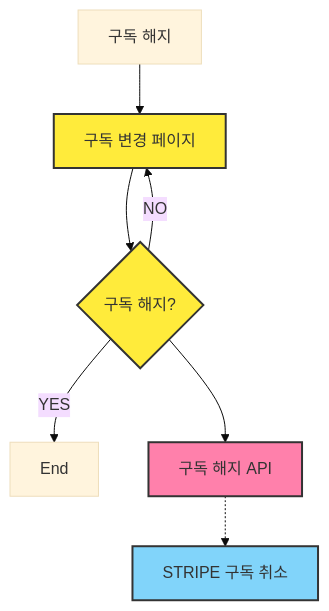
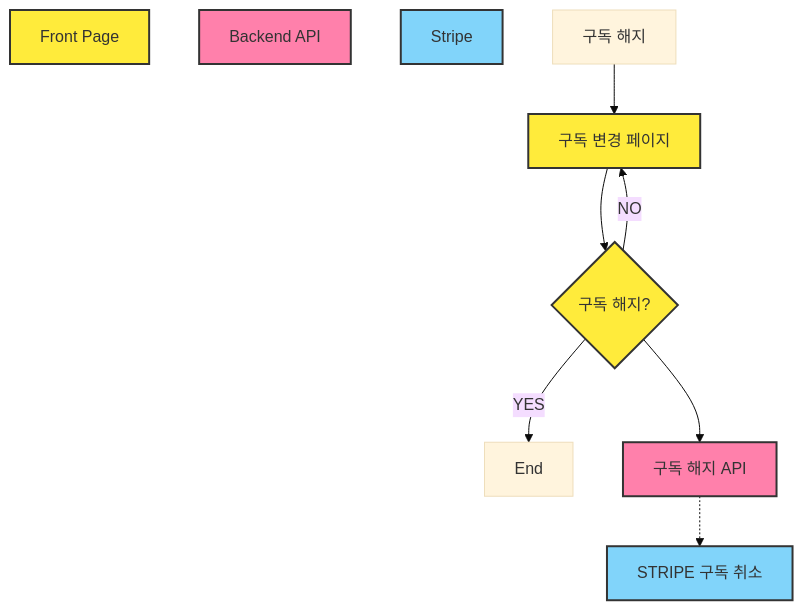
The sixth of 9 diagrams in _posts/project/logistics/2025-02-29-StripePaymentAddition.md (ysiksik/ysiksik.github.io), drawn with Mermaid (base theme) before and after one commit.

Commit message:
변경

```diff
--- a/_posts/project/logistics/2025-02-29-StripePaymentAddition.md
+++ b/_posts/project/logistics/2025-02-29-StripePaymentAddition.md
@@ -341,22 +341,27 @@
 ~~~mermaid
 
 flowchart TD
+    
+    1["Front Page"]:::front
+    2["Backend API"]:::backend
+    3["Stripe"]:::stripe
+    
   A[구독 해지]
   B[구독 변경 페이지]:::front
   C{"구독 해지?"}:::front
   D[End]
   E[구독 해지 API]:::backend
   F[STRIPE 구독 취소]:::stripe
   A --> B
   B --> C
   C -- NO --> B
   C -- YES --> D
   C --> E
   E -.-> F
   
   classDef front fill:#ffeb3b,stroke:#333,stroke-width:2px;
   classDef backend fill:#ff80ab,stroke:#333,stroke-width:2px;
   classDef stripe fill:#81d4fa,stroke:#333,stroke-width:2px;
 
 
 ~~~
```
